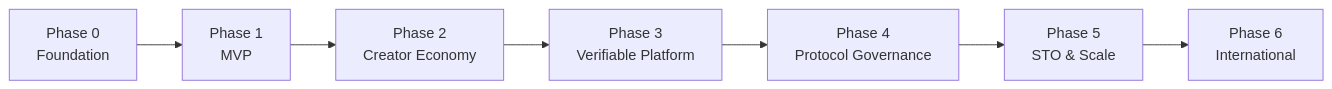
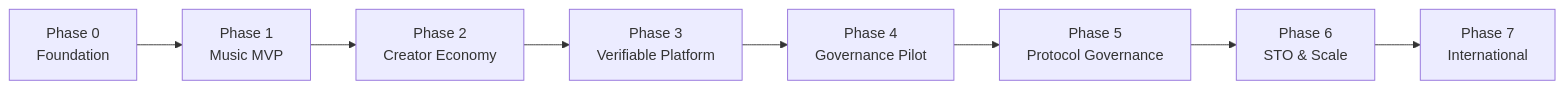
One commit to ShigeichiroYamasaki/creator-first-platform changed the first of 46 diagrams in docs/whitepaper/13-roadmap.md. Above: the diagram before and after it, drawn with Mermaid. The commit also changed other lines of this file, not shown here.

````diff
--- a/docs/whitepaper/13-roadmap.md
+++ b/docs/whitepaper/13-roadmap.md
@@ -28,12 +18,13 @@
 ```mermaid
 flowchart LR
     P0[Phase 0<br/>Foundation]
-    P1[Phase 1<br/>MVP]
+    P1[Phase 1<br/>Music MVP]
     P2[Phase 2<br/>Creator Economy]
     P3[Phase 3<br/>Verifiable Platform]
-    P4[Phase 4<br/>Protocol Governance]
-    P5[Phase 5<br/>STO & Scale]
-    P6[Phase 6<br/>International]
+    P4[Phase 4<br/>Governance Pilot]
+    P5[Phase 5<br/>Protocol Governance]
+    P6[Phase 6<br/>STO & Scale]
+    P7[Phase 7<br/>International]
 
-    P0 --> P1 --> P2 --> P3 --> P4 --> P5 --> P6
+    P0 --> P1 --> P2 --> P3 --> P4 --> P5 --> P6 --> P7
 ```
````
